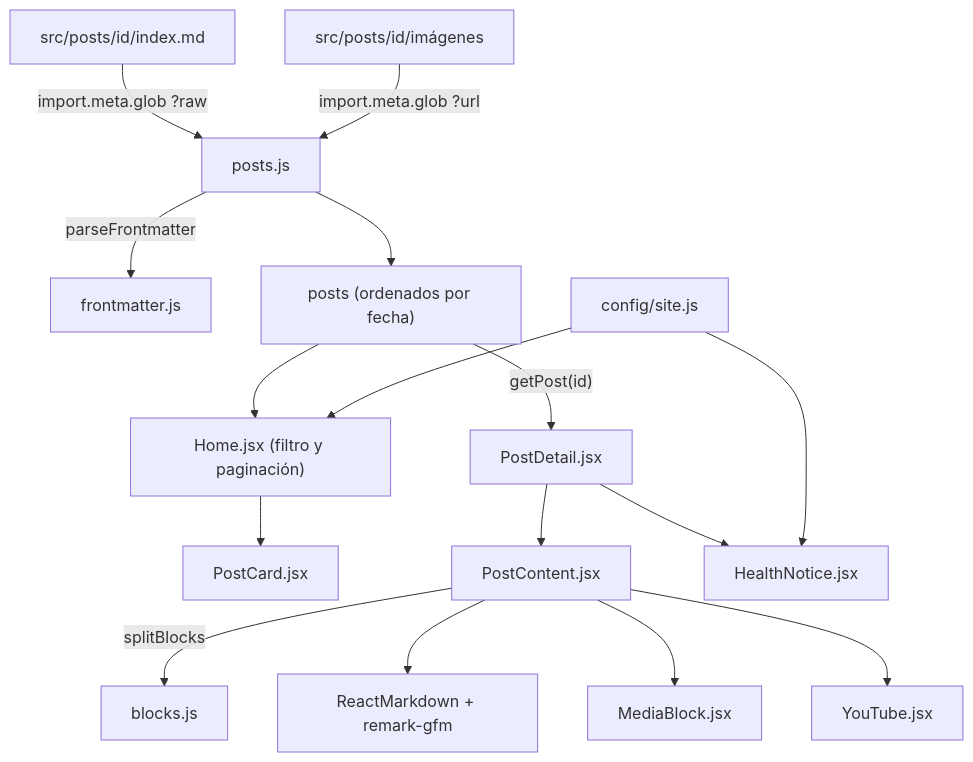
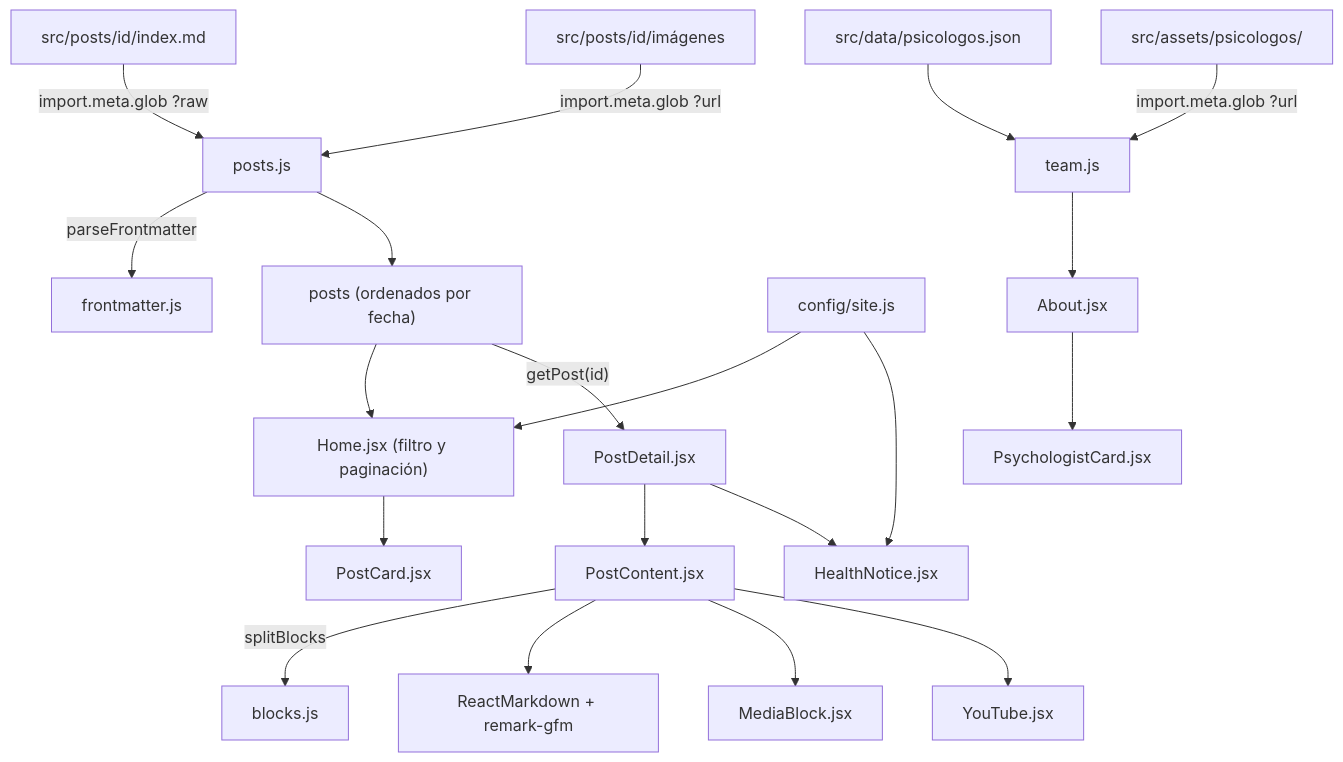
One commit to DAMAC2004/Blog-Psicoogia changed the diagram in docs/01-arquitectura.md. Above: the diagram before and after it, drawn with Mermaid. The commit also changed other lines of this file and 6 other files, not shown here.

````diff
--- a/docs/01-arquitectura.md
+++ b/docs/01-arquitectura.md
@@ -92,18 +100,22 @@
 ```mermaid
 flowchart TD
   MD["src/posts/id/index.md"] -->|"import.meta.glob ?raw"| P[posts.js]
   IMG["src/posts/id/imágenes"] -->|"import.meta.glob ?url"| P
   P -->|parseFrontmatter| FM[frontmatter.js]
   P --> LIST["posts (ordenados por fecha)"]
   LIST --> HOME["Home.jsx (filtro y paginación)"]
   HOME --> CARD[PostCard.jsx]
   LIST -->|"getPost(id)"| DETAIL[PostDetail.jsx]
   DETAIL --> PC[PostContent.jsx]
   PC -->|splitBlocks| BL[blocks.js]
   PC --> RM[ReactMarkdown + remark-gfm]
   PC --> MB[MediaBlock.jsx]
   PC --> YT[YouTube.jsx]
   DETAIL --> HN[HealthNotice.jsx]
   SITE[config/site.js] --> HOME
   SITE --> HN
+  TEAMJSON["src/data/psicologos.json"] --> TEAM[team.js]
+  TEAMIMG["src/assets/psicologos/"] -->|"import.meta.glob ?url"| TEAM
+  TEAM --> ABOUT[About.jsx]
+  ABOUT --> PCARD[PsychologistCard.jsx]
 ```
````
